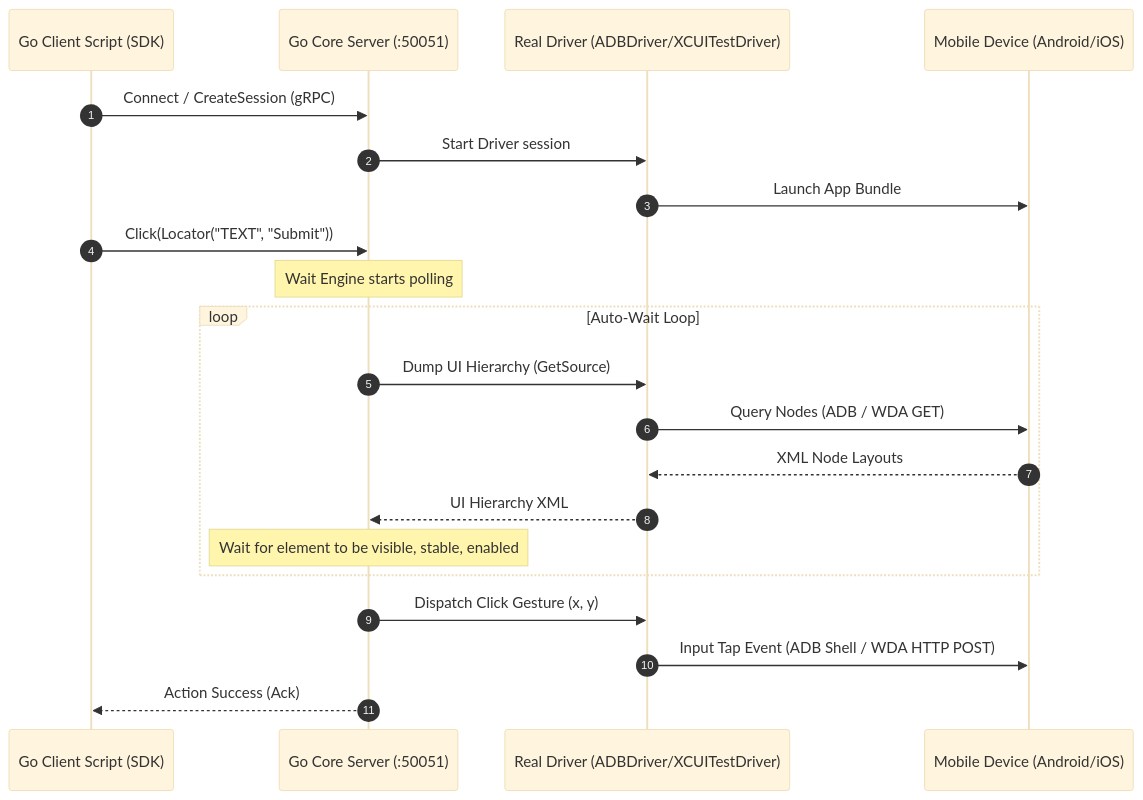
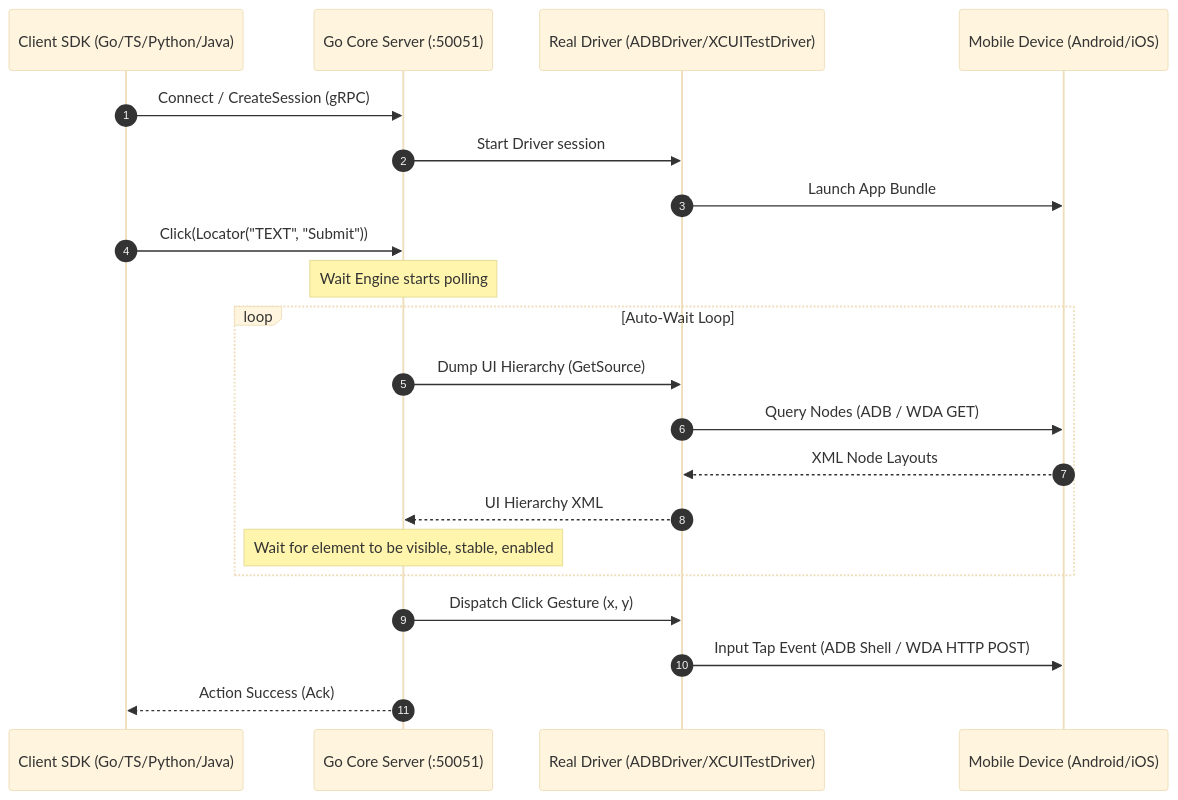
The diagram in README.md (ranjith035/morego), drawn with Mermaid (base theme) before and after one commit. The commit also changed other lines of this file, not shown here.

Commit message:
Update README.md with detailed multi-language SDK directories, quickstart instructions, and examples

````diff
--- a/README.md
+++ b/README.md
@@ -27,24 +27,24 @@
 ```mermaid
 sequenceDiagram
     autonumber
-    participant SDK as Go Client Script (SDK)
+    participant SDK as Client SDK (Go/TS/Python/Java)
     participant Core as Go Core Server (:50051)
     participant Driver as Real Driver (ADBDriver/XCUITestDriver)
     participant Device as Mobile Device (Android/iOS)
 
     SDK->>Core: Connect / CreateSession (gRPC)
     Core->>Driver: Start Driver session
     Driver->>Device: Launch App Bundle
     SDK->>Core: Click(Locator("TEXT", "Submit"))
     Note over Core: Wait Engine starts polling
     loop Auto-Wait Loop
         Core->>Driver: Dump UI Hierarchy (GetSource)
         Driver->>Device: Query Nodes (ADB / WDA GET)
         Device-->>Driver: XML Node Layouts
         Driver-->>Core: UI Hierarchy XML
         Note over Core: Wait for element to be visible, stable, enabled
     end
     Core->>Driver: Dispatch Click Gesture (x, y)
     Driver->>Device: Input Tap Event (ADB Shell / WDA HTTP POST)
     Core-->>SDK: Action Success (Ack)
 ```
````
